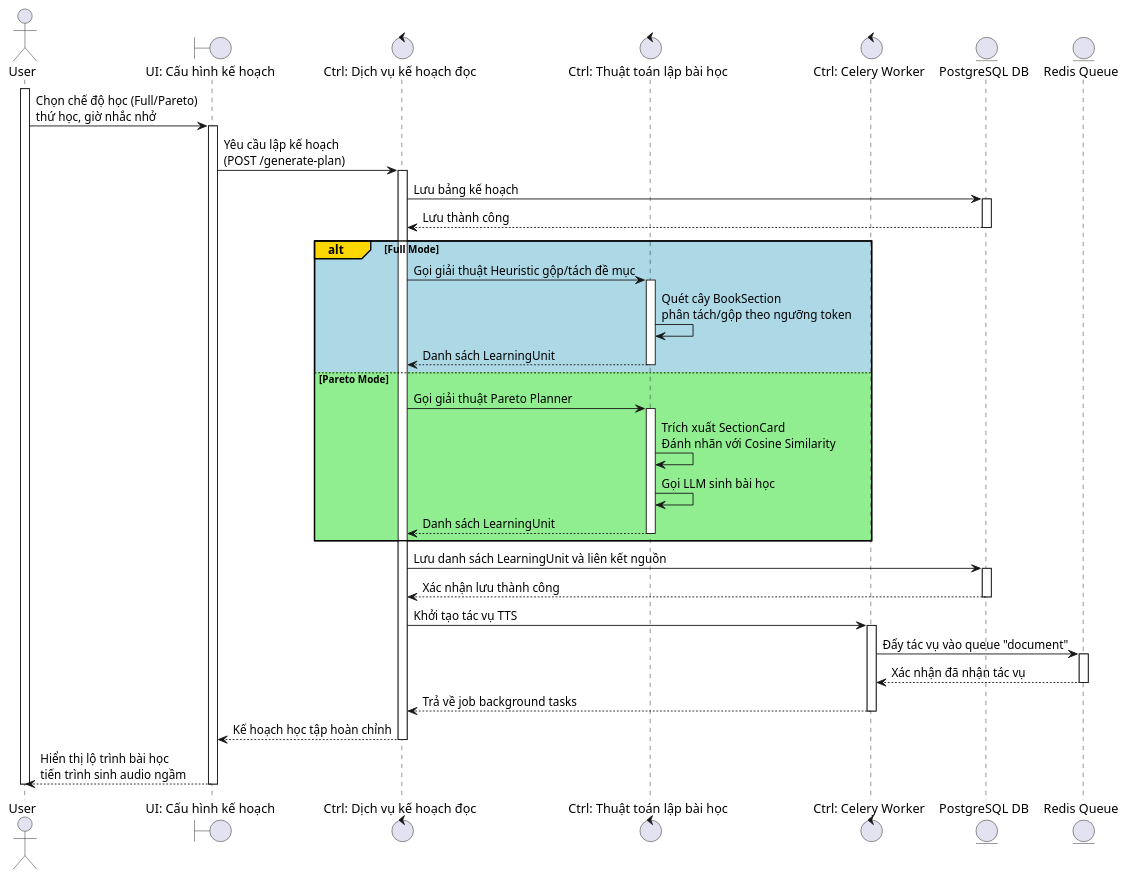
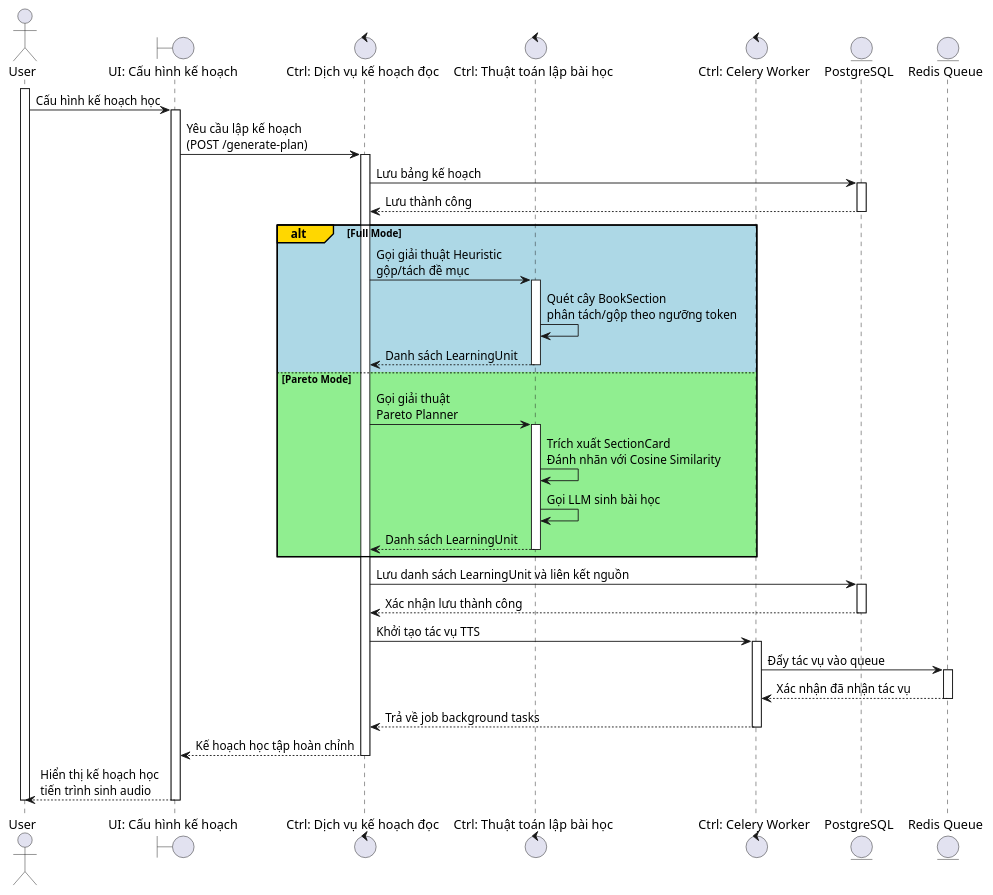
The diagram in _docs_capstone/_dia/Sequence/UC002_CreateStudyPlan.puml (KhoaSinno/triam-backend), drawn with PlantUML before and after one commit. The commit also changed 3 other files, not shown here.

```diff
--- a/_docs_capstone/_dia/Sequence/UC002_CreateStudyPlan.puml
+++ b/_docs_capstone/_dia/Sequence/UC002_CreateStudyPlan.puml
@@ -1,59 +1,59 @@
 @startuml SequenceCreateStudyPlan
 
 actor "User" as user
 boundary "UI: Cấu hình kế hoạch" as ui_plan
 control "Ctrl: Dịch vụ kế hoạch đọc" as ctrl_plan
 control "Ctrl: Thuật toán lập bài học" as ctrl_planner
 control "Ctrl: Celery Worker" as ctrl_worker
-entity "PostgreSQL DB" as db
+entity "PostgreSQL" as db
 entity "Redis Queue" as redis
 
 activate user
-user -> ui_plan: Chọn chế độ học (Full/Pareto)\nthứ học, giờ nhắc nhở
+user -> ui_plan: Cấu hình kế hoạch học
 activate ui_plan
 
 ui_plan -> ctrl_plan: Yêu cầu lập kế hoạch\n(POST /generate-plan)
 activate ctrl_plan
 
 ctrl_plan -> db: Lưu bảng kế hoạch
 activate db
 db --> ctrl_plan: Lưu thành công
 deactivate db
 
 alt#Gold #LightBlue Full Mode
-    ctrl_plan -> ctrl_planner: Gọi giải thuật Heuristic gộp/tách đề mục
+    ctrl_plan -> ctrl_planner: Gọi giải thuật Heuristic\ngộp/tách đề mục
     activate ctrl_planner
     ctrl_planner -> ctrl_planner: Quét cây BookSection\nphân tách/gộp theo ngưỡng token
     ctrl_planner --> ctrl_plan: Danh sách LearningUnit
     deactivate ctrl_planner
 else #LightGreen Pareto Mode
-    ctrl_plan -> ctrl_planner: Gọi giải thuật Pareto Planner
+    ctrl_plan -> ctrl_planner: Gọi giải thuật\nPareto Planner
     activate ctrl_planner
     ctrl_planner -> ctrl_planner: Trích xuất SectionCard\nĐánh nhãn với Cosine Similarity
     ctrl_planner -> ctrl_planner: Gọi LLM sinh bài học
     ctrl_planner --> ctrl_plan: Danh sách LearningUnit
     deactivate ctrl_planner
 end
 
 ctrl_plan -> db: Lưu danh sách LearningUnit và liên kết nguồn
 activate db
 db --> ctrl_plan: Xác nhận lưu thành công
 deactivate db
 
 ctrl_plan -> ctrl_worker: Khởi tạo tác vụ TTS
 activate ctrl_worker
-ctrl_worker -> redis: Đẩy tác vụ vào queue "document"
+ctrl_worker -> redis: Đẩy tác vụ vào queue
 activate redis
 redis --> ctrl_worker: Xác nhận đã nhận tác vụ
 deactivate redis
 ctrl_worker --> ctrl_plan: Trả về job background tasks
 deactivate ctrl_worker
 
 ctrl_plan --> ui_plan: Kế hoạch học tập hoàn chỉnh
 deactivate ctrl_plan
 
-ui_plan --> user: Hiển thị lộ trình bài học\ntiến trình sinh audio ngầm
+ui_plan --> user: Hiển thị kế hoạch học\ntiến trình sinh audio
 deactivate ui_plan
 deactivate user
 
 @enduml
```
